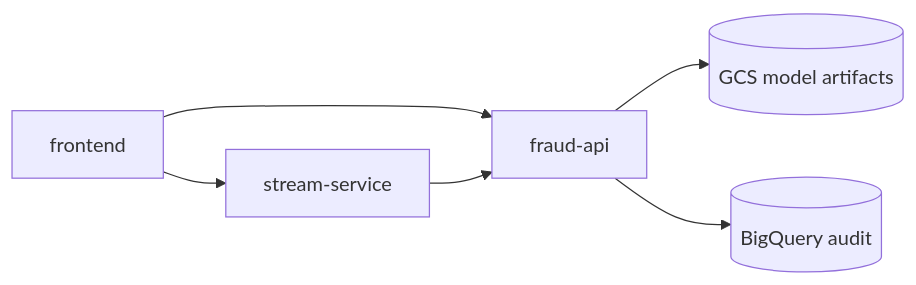
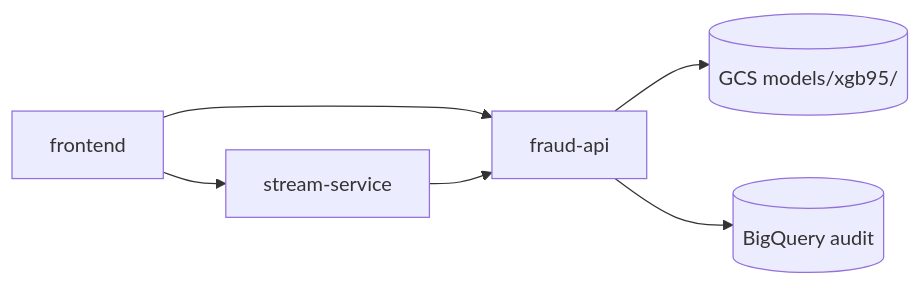
Before and after one commit to prasannahere/fraud-detection-ml-system: the first of 2 diagrams in docs/architecture.md, drawn with Mermaid. The commit also changed other lines of this file and 5 other files, not shown here.

````diff
--- a/docs/architecture.md
+++ b/docs/architecture.md
@@ -29,8 +30,8 @@
 ```mermaid
 flowchart LR
-    UI[frontend] --> Stream[stream-service]
-    UI --> API[fraud-api]
+    UI[frontend] --> API[fraud-api]
+    UI --> Stream[stream-service]
     Stream --> API
-    API --> GCS[(GCS model artifacts)]
+    API --> GCS[(GCS models/xgb95/)]
     API --> BQ[(BigQuery audit)]
 ```
````
